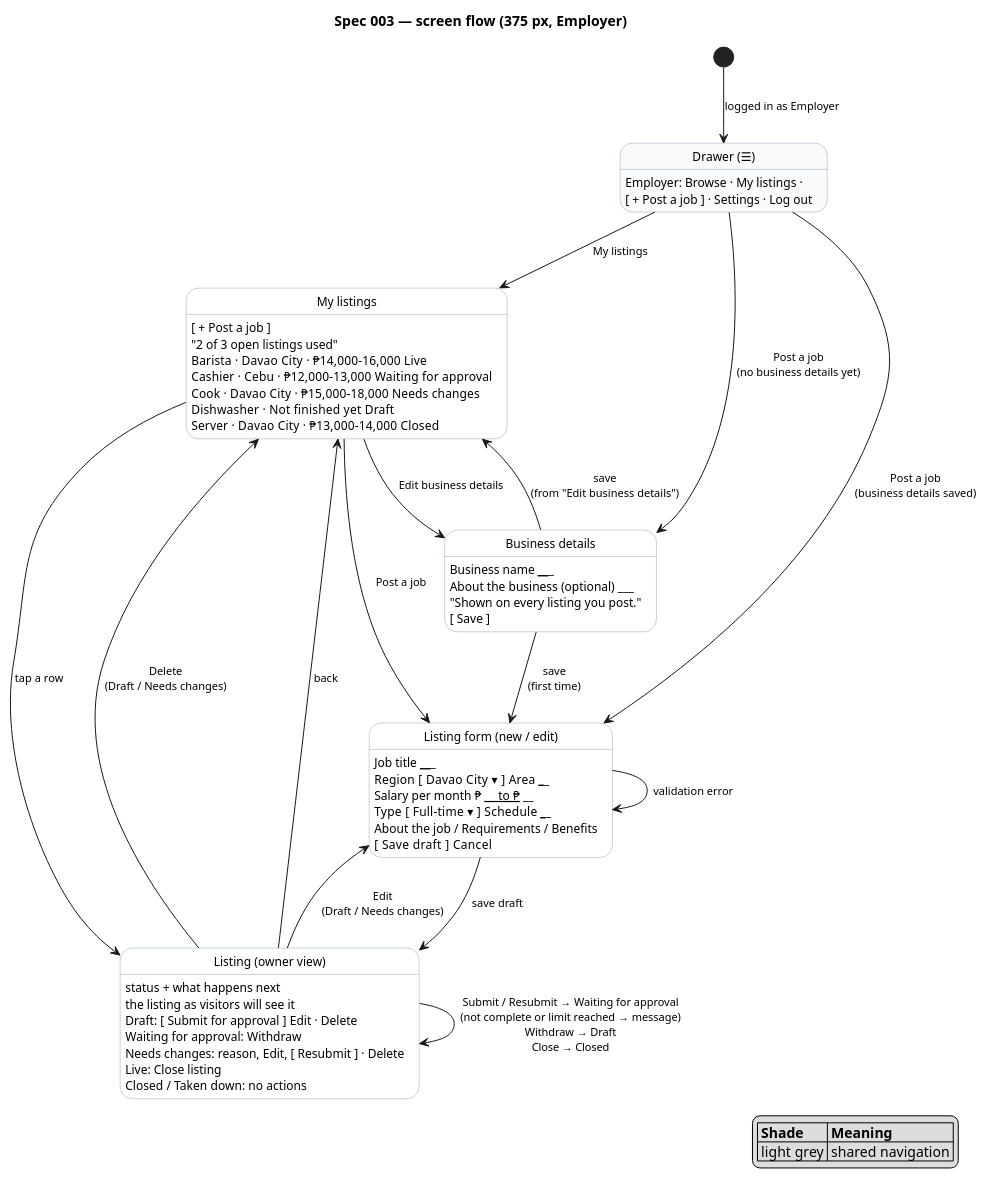
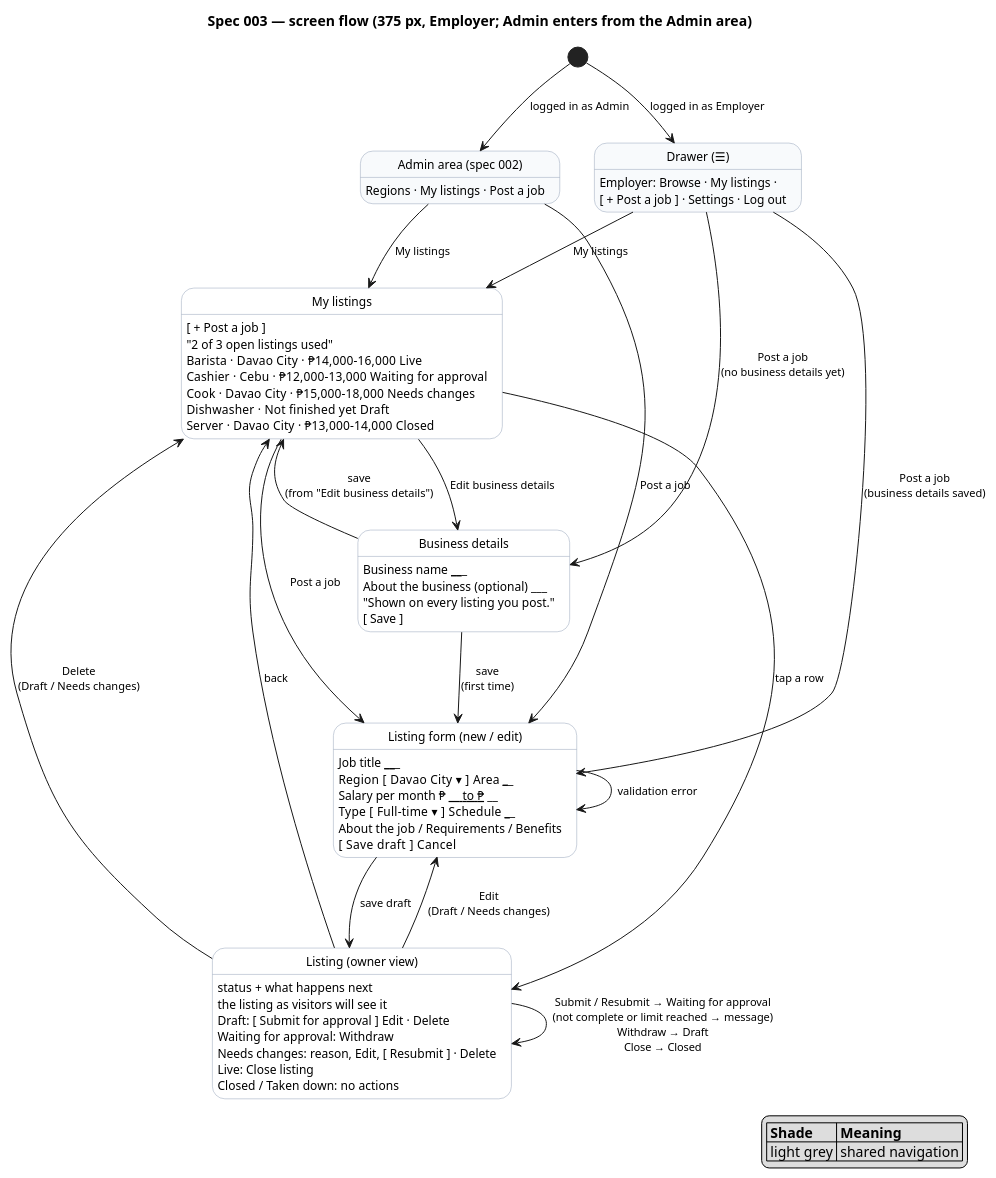
One commit to raseniero/jairojobs-elixir changed the diagram in docs/specs/003-listings-employer-posting/diagrams/screenflow-posting.puml. Above: the diagram before and after it, drawn with PlantUML. The commit also changed 7 other files, not shown here.

Commit message:
docs(spec 003): resolve open questions, admins can post, approve

```diff
--- a/docs/specs/003-listings-employer-posting/diagrams/screenflow-posting.puml
+++ b/docs/specs/003-listings-employer-posting/diagrams/screenflow-posting.puml
@@ -1,72 +1,78 @@
 @startuml screenflow-posting
 ' Spec 003 — screen flow. Each state is a screen (key elements listed); each arrow is a user action.
-' Every user story US-003-1..11 is a path through this diagram (see table in spec.md).
+' Every user story US-003-1..12 is a path through this diagram (see table in spec.md).
 
 hide empty description
 skinparam state {
   BackgroundColor white
   BackgroundColor<<public>> #f8fafc
   BorderColor #94a3b8
   FontSize 12
 }
 skinparam arrowFontSize 11
 
-title Spec 003 — screen flow (375 px, Employer)
+title Spec 003 — screen flow (375 px, Employer; Admin enters from the Admin area)
 
 state "Drawer (☰)" as Drawer <<public>>
 Drawer : Employer: Browse · My listings ·
 Drawer : [ + Post a job ] · Settings · Log out
+
+state "Admin area (spec 002)" as AdminArea <<public>>
+AdminArea : Regions · My listings · Post a job
 
 state "My listings" as Mine
 Mine : [ + Post a job ]
 Mine : "2 of 3 open listings used"
 Mine : Barista · Davao City · ₱14,000–16,000   Live
 Mine : Cashier · Cebu · ₱12,000–13,000   Waiting for approval
 Mine : Cook · Davao City · ₱15,000–18,000   Needs changes
 Mine : Dishwasher · Not finished yet   Draft
 Mine : Server · Davao City · ₱13,000–14,000   Closed
 
 state "Business details" as Business
 Business : Business name ___________
 Business : About the business (optional) ___
 Business : "Shown on every listing you post."
 Business : [ Save ]
 
 state "Listing form (new / edit)" as Form
 Form : Job title ___________
 Form : Region [ Davao City ▾ ]   Area ______
 Form : Salary per month ₱ ____ to ₱ ____
 Form : Type [ Full-time ▾ ]   Schedule ______
 Form : About the job / Requirements / Benefits
 Form : [ Save draft ]   Cancel
 
 state "Listing (owner view)" as Listing
 Listing : status + what happens next
 Listing : the listing as visitors will see it
 Listing : Draft: [ Submit for approval ] Edit · Delete
 Listing : Waiting for approval: Withdraw
 Listing : Needs changes: reason, Edit, [ Resubmit ] · Delete
 Listing : Live: Close listing
 Listing : Closed / Taken down: no actions
 
 [*] --> Drawer : logged in as Employer
+[*] --> AdminArea : logged in as Admin
+AdminArea --> Mine : My listings
+AdminArea --> Form : Post a job
 Drawer --> Mine : My listings
 Drawer --> Form : Post a job\n(business details saved)
 Drawer --> Business : Post a job\n(no business details yet)
 Mine --> Form : Post a job
 Business --> Form : save\n(first time)
 Business --> Mine : save\n(from "Edit business details")
 Mine --> Business : Edit business details
 Form --> Listing : save draft
 Form --> Form : validation error
 Mine --> Listing : tap a row
 Listing --> Form : Edit\n(Draft / Needs changes)
 Listing --> Listing : Submit / Resubmit → Waiting for approval\n(not complete or limit reached → message)\nWithdraw → Draft\nClose → Closed
 Listing --> Mine : Delete\n(Draft / Needs changes)
 Listing --> Mine : back
 
 legend right
   |= Shade |= Meaning |
   | light grey | shared navigation |
 endlegend
 @enduml
```
